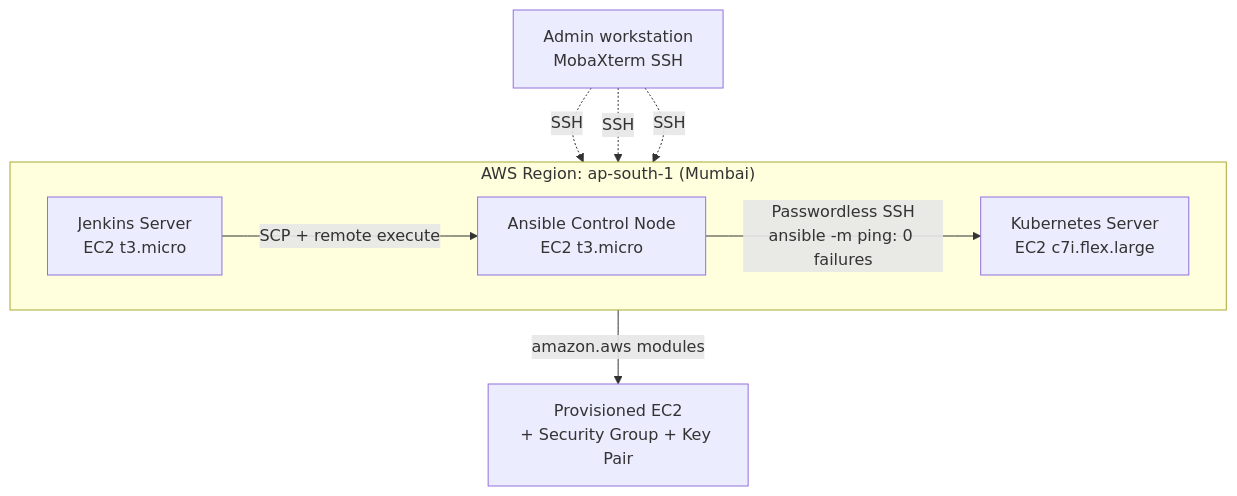
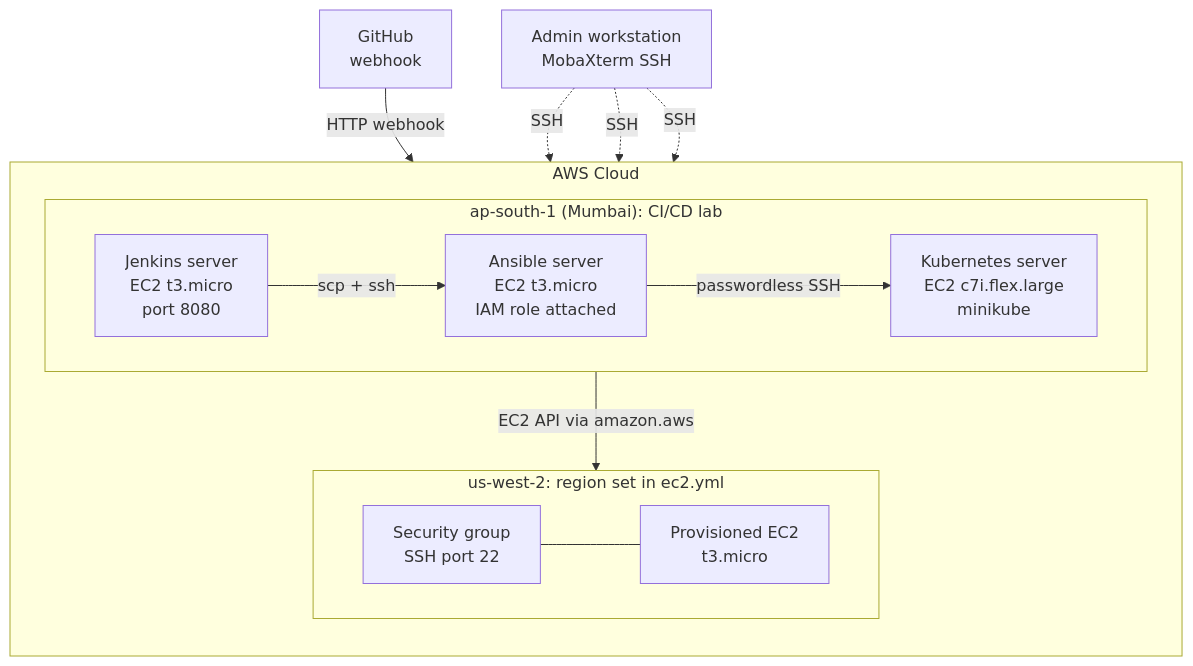
Before and after one commit to PushpenderKumar7505/PushpenderKumar7505: the second of 9 diagrams in README.md, drawn with Mermaid. The commit also changed other lines of this file, not shown here.

````diff
--- a/README.md
+++ b/README.md
@@ -131,18 +133,29 @@
 ```mermaid
 flowchart TB
     ADMIN["Admin workstation<br/>MobaXterm SSH"]
+    GH["GitHub<br/>webhook"]
 
-    subgraph AWS["AWS Region: ap-south-1 (Mumbai)"]
-        direction LR
-        JEN["Jenkins Server<br/>EC2 t3.micro"]
-        ANS["Ansible Control Node<br/>EC2 t3.micro"]
-        K8S["Kubernetes Server<br/>EC2 c7i.flex.large"]
+    subgraph AWS["AWS Cloud"]
+        direction TB
+        subgraph MUM["ap-south-1 (Mumbai): CI/CD lab"]
+            direction LR
+            JEN["Jenkins server<br/>EC2 t3.micro<br/>port 8080"]
+            ANS["Ansible server<br/>EC2 t3.micro<br/>IAM role attached"]
+            K8S["Kubernetes server<br/>EC2 c7i.flex.large<br/>minikube"]
+        end
+        subgraph ORE["us-west-2: region set in ec2.yml"]
+            direction LR
+            SG["Security group<br/>SSH port 22"]
+            NEW["Provisioned EC2<br/>t3.micro"]
+            SG --- NEW
+        end
     end
 
+    GH -->|"HTTP webhook"| JEN
     ADMIN -.->|"SSH"| JEN
     ADMIN -.->|"SSH"| ANS
     ADMIN -.->|"SSH"| K8S
-    JEN -->|"SCP + remote execute"| ANS
-    ANS -->|"Passwordless SSH<br/>ansible -m ping: 0 failures"| K8S
-    ANS -->|"amazon.aws modules"| NEW["Provisioned EC2<br/>+ Security Group + Key Pair"]
+    JEN -->|"scp + ssh"| ANS
+    ANS -->|"passwordless SSH"| K8S
+    ANS -->|"EC2 API via amazon.aws"| SG
 ```
````
